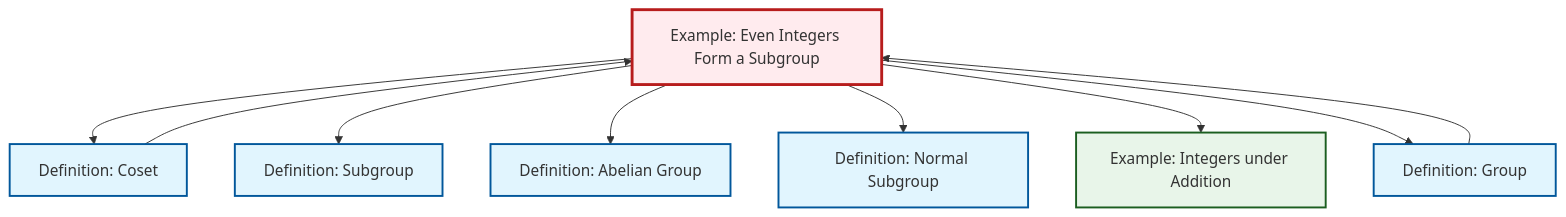
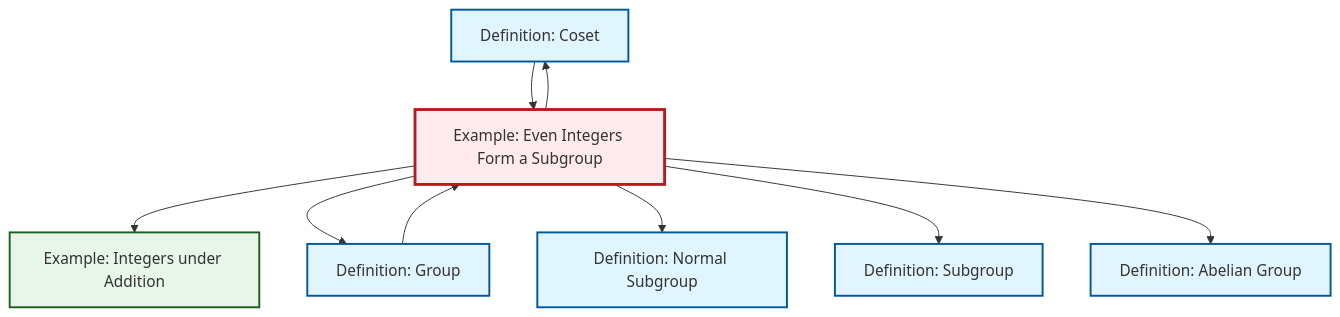
Before and after one commit to RK0429/ModernMath: the diagram in content/ja/algebra/ex-even-integers-subgroup.qmd, drawn with Mermaid. The commit also changed other lines of this file and 581 other files, not shown here.

````diff
--- a/content/ja/algebra/ex-even-integers-subgroup.qmd
+++ b/content/ja/algebra/ex-even-integers-subgroup.qmd
@@ -52,31 +52,31 @@
 ```{mermaid}
 %%| fig-cap: "Local dependency graph"
 graph TD
     classDef definition fill:#e1f5fe,stroke:#01579b,stroke-width:2px
     classDef theorem fill:#f3e5f5,stroke:#4a148c,stroke-width:2px
     classDef axiom fill:#fff3e0,stroke:#e65100,stroke-width:2px
     classDef example fill:#e8f5e9,stroke:#1b5e20,stroke-width:2px
     classDef current fill:#ffebee,stroke:#b71c1c,stroke-width:3px
-    ex-even-integers-subgroup["Example: Even Integers Form a Subgroup"]:::example
+    def-subgroup["Definition: Subgroup"]:::definition
     def-abelian-group["Definition: Abelian Group"]:::definition
-    def-subgroup["Definition: Subgroup"]:::definition
+    def-coset["Definition: Coset"]:::definition
     ex-integers-addition["Example: Integers under Addition"]:::example
     def-group["Definition: Group"]:::definition
+    ex-even-integers-subgroup["Example: Even Integers Form a Subgroup"]:::example
     def-normal-subgroup["Definition: Normal Subgroup"]:::definition
-    def-coset["Definition: Coset"]:::definition
-    ex-even-integers-subgroup --> def-coset
-    def-coset --> ex-even-integers-subgroup
-    ex-even-integers-subgroup --> def-subgroup
-    def-group --> ex-even-integers-subgroup
-    ex-even-integers-subgroup --> def-abelian-group
-    ex-even-integers-subgroup --> def-normal-subgroup
     ex-even-integers-subgroup --> ex-integers-addition
     ex-even-integers-subgroup --> def-group
+    ex-even-integers-subgroup --> def-normal-subgroup
+    ex-even-integers-subgroup --> def-subgroup
+    ex-even-integers-subgroup --> def-coset
+    def-group --> ex-even-integers-subgroup
+    def-coset --> ex-even-integers-subgroup
+    ex-even-integers-subgroup --> def-abelian-group
     class ex-even-integers-subgroup current
+    click def-subgroup "def-subgroup.html" "Definition: Subgroupへ"
     click def-abelian-group "def-abelian-group.html" "Definition: Abelian Groupへ"
-    click def-subgroup "def-subgroup.html" "Definition: Subgroupへ"
+    click def-coset "def-coset.html" "Definition: Cosetへ"
     click ex-integers-addition "ex-integers-addition.html" "Example: Integers under Additionへ"
     click def-group "def-group.html" "Definition: Groupへ"
     click def-normal-subgroup "def-normal-subgroup.html" "Definition: Normal Subgroupへ"
-    click def-coset "def-coset.html" "Definition: Cosetへ"
 ```
````
